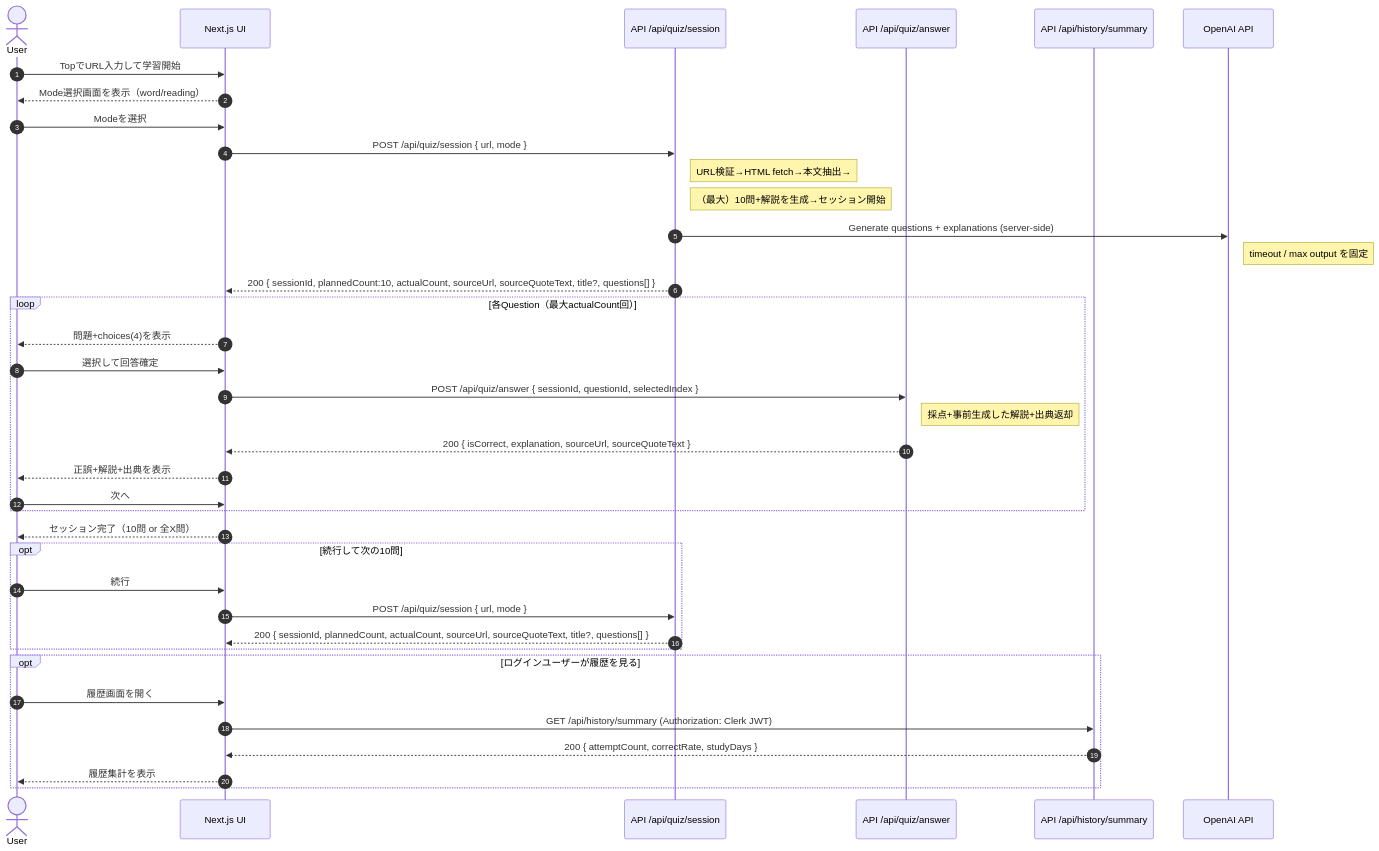
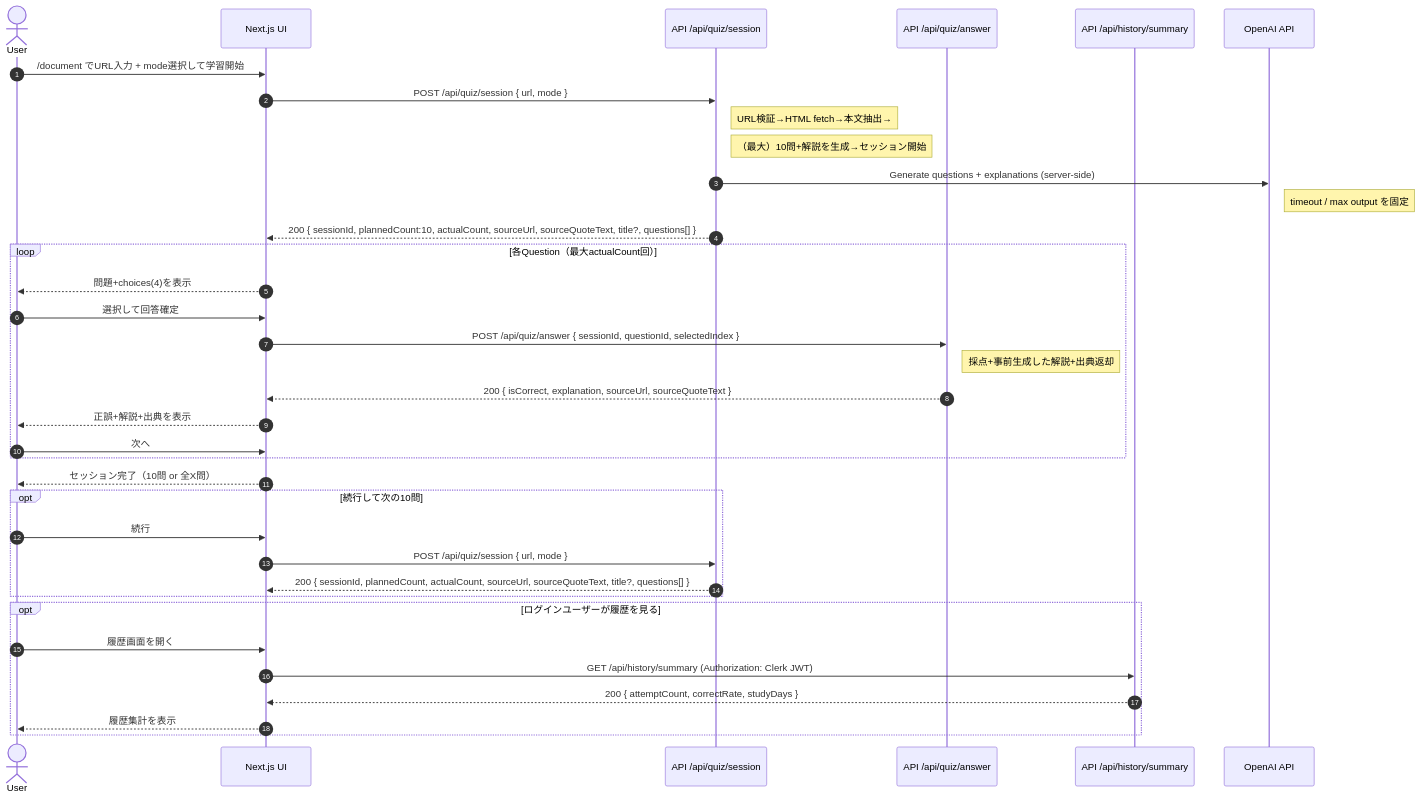
Before and after one commit to POKENA7/DocsDrivenEnglish: the diagram in specs/001-dev-english-learning/sequence.md, drawn with Mermaid. The commit also changed other lines of this file and 3 other files, not shown here.

````diff
--- a/specs/001-dev-english-learning/sequence.md
+++ b/specs/001-dev-english-learning/sequence.md
@@ -24,44 +27,42 @@
 ```mermaid
 sequenceDiagram
   autonumber
   actor User as User
   participant Web as Next.js UI
   participant QuizAPI as API /api/quiz/session
   participant AnsAPI as API /api/quiz/answer
   participant HistAPI as API /api/history/summary
   participant OpenAI as OpenAI API
 
-  User->>Web: TopでURL入力して学習開始
-  Web-->>User: Mode選択画面を表示（word/reading）
-  User->>Web: Modeを選択
+  User->>Web: /document でURL入力 + mode選択して学習開始
   Web->>QuizAPI: POST /api/quiz/session { url, mode }
   Note right of QuizAPI: URL検証→HTML fetch→本文抽出→
   Note right of QuizAPI: （最大）10問+解説を生成→セッション開始
   QuizAPI->>OpenAI: Generate questions + explanations (server-side)
   Note right of OpenAI: timeout / max output を固定
   QuizAPI-->>Web: 200 { sessionId, plannedCount:10, actualCount, sourceUrl, sourceQuoteText, title?, questions[] }
 
   loop 各Question（最大actualCount回）
     Web-->>User: 問題+choices(4)を表示
     User->>Web: 選択して回答確定
     Web->>AnsAPI: POST /api/quiz/answer { sessionId, questionId, selectedIndex }
     Note right of AnsAPI: 採点+事前生成した解説+出典返却
     AnsAPI-->>Web: 200 { isCorrect, explanation, sourceUrl, sourceQuoteText }
     Web-->>User: 正誤+解説+出典を表示
     User->>Web: 次へ
   end
 
   Web-->>User: セッション完了（10問 or 全X問）
   opt 続行して次の10問
     User->>Web: 続行
     Web->>QuizAPI: POST /api/quiz/session { url, mode }
     QuizAPI-->>Web: 200 { sessionId, plannedCount, actualCount, sourceUrl, sourceQuoteText, title?, questions[] }
   end
 
   opt ログインユーザーが履歴を見る
     User->>Web: 履歴画面を開く
     Web->>HistAPI: GET /api/history/summary (Authorization: Clerk JWT)
     HistAPI-->>Web: 200 { attemptCount, correctRate, studyDays }
     Web-->>User: 履歴集計を表示
   end
 ```
````
